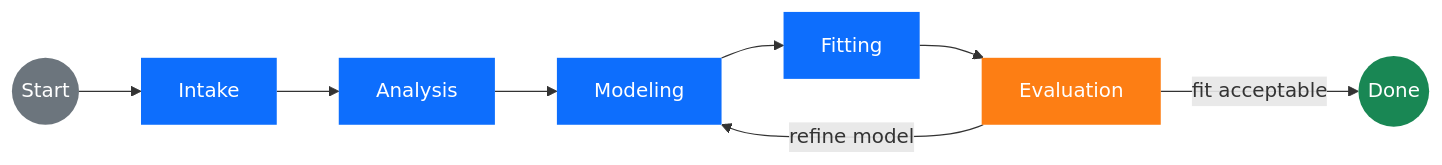
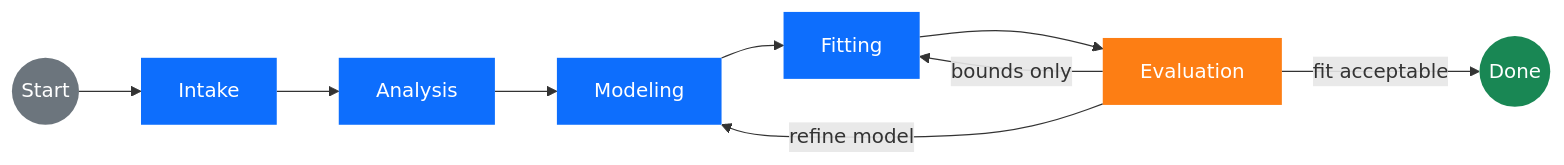
One commit to neutrons-ai/aure changed the diagram in README.md. Above: the diagram before and after it, drawn with Mermaid. The commit also changed other lines of this file and 1 other file, not shown here.

````diff
--- a/README.md
+++ b/README.md
@@ -18,19 +18,20 @@
 ```mermaid
 flowchart LR
     S((Start)) --> Intake
     Intake --> Analysis
     Analysis --> Modeling
     Modeling --> Fitting
     Fitting --> Evaluation
 
     Evaluation -->|fit acceptable| E((Done))
     Evaluation -->|refine model| Modeling
+    Evaluation -->|bounds only| Fitting
 
     style S fill:#6c757d,color:#fff,stroke:none
     style E fill:#198754,color:#fff,stroke:none
     style Intake fill:#0d6efd,color:#fff,stroke:none
     style Analysis fill:#0d6efd,color:#fff,stroke:none
     style Modeling fill:#0d6efd,color:#fff,stroke:none
     style Fitting fill:#0d6efd,color:#fff,stroke:none
     style Evaluation fill:#fd7e14,color:#fff,stroke:none
 ```
````
